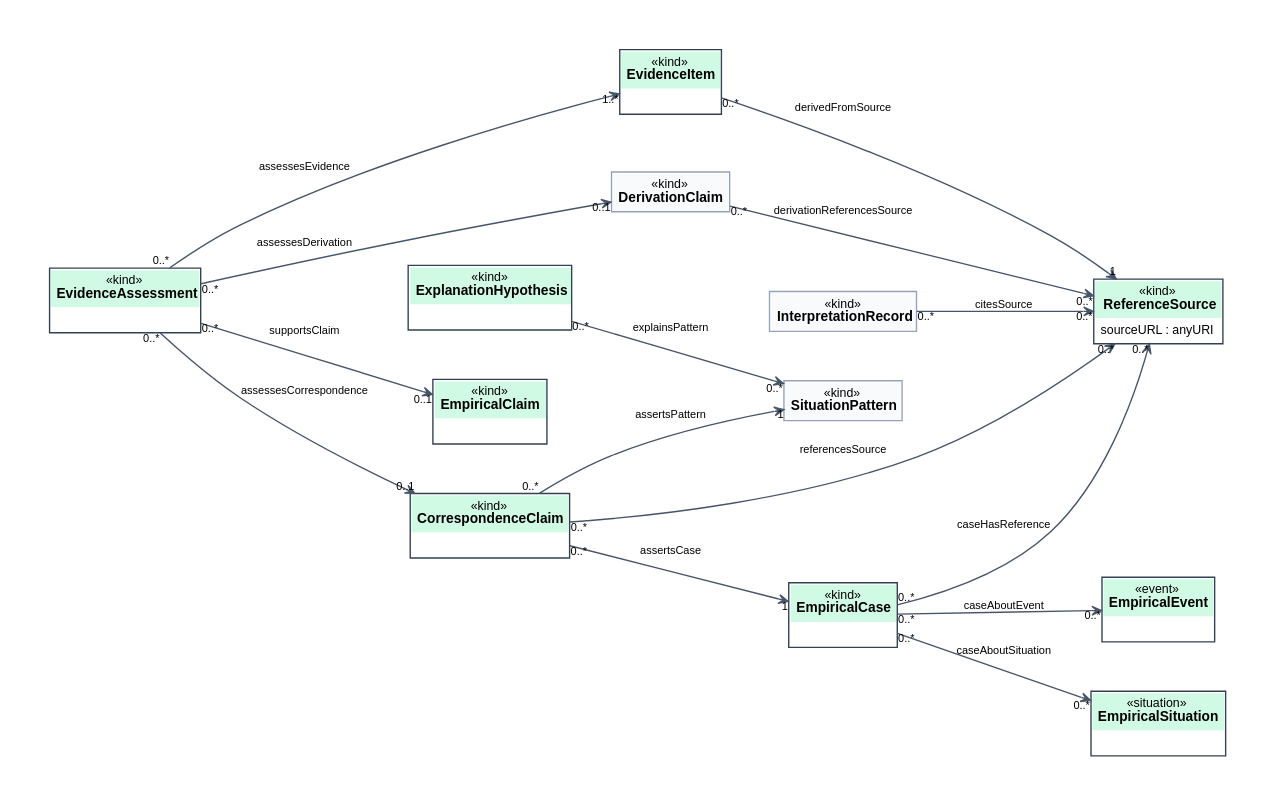
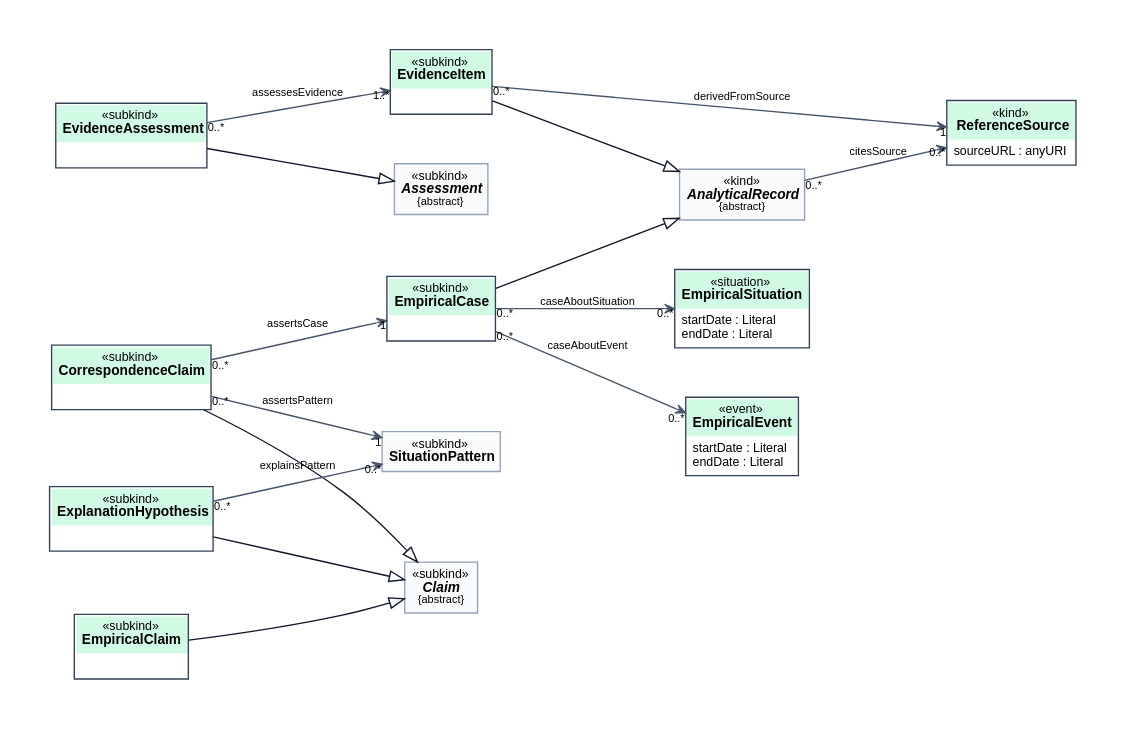
Before and after one commit to jeffersonspeck/artistic-reality-ontology: the diagram in model/diagrams/ontouml/evidence.dot, drawn with Graphviz. The commit also changed 158 other files, not shown here.

```diff
--- a/model/diagrams/ontouml/evidence.dot
+++ b/model/diagrams/ontouml/evidence.dot
@@ -1,32 +1,33 @@
 // Generated by scripts/build.py from model/conceptual-model.json. Do not edit by hand.
 digraph ontouml {
 graph [rankdir=LR, bgcolor="white", pad="0.4", nodesep="0.5", ranksep="0.8", fontname="Arial", fontsize=14, labeljust="l", newrank=true, splines=true];
 node [fontname="Arial", fontsize=10];
 edge [fontname="Arial", fontsize=8, color="#475569", arrowsize=0.7];
-"EmpiricalCase" [shape=plain, label=<<TABLE BORDER="1" COLOR="#334155" CELLBORDER="0" CELLSPACING="0" CELLPADDING="4"><TR><TD BGCOLOR="#d1fae5"><FONT POINT-SIZE="9">«kind»</FONT><BR/><B>EmpiricalCase</B></TD></TR><TR><TD ALIGN="LEFT" BALIGN="LEFT" BGCOLOR="white"><FONT POINT-SIZE="9"> </FONT></TD></TR></TABLE>>];
-"EmpiricalClaim" [shape=plain, label=<<TABLE BORDER="1" COLOR="#334155" CELLBORDER="0" CELLSPACING="0" CELLPADDING="4"><TR><TD BGCOLOR="#d1fae5"><FONT POINT-SIZE="9">«kind»</FONT><BR/><B>EmpiricalClaim</B></TD></TR><TR><TD ALIGN="LEFT" BALIGN="LEFT" BGCOLOR="white"><FONT POINT-SIZE="9"> </FONT></TD></TR></TABLE>>];
+"EvidenceAssessment" [shape=plain, label=<<TABLE BORDER="1" COLOR="#334155" CELLBORDER="0" CELLSPACING="0" CELLPADDING="4"><TR><TD BGCOLOR="#d1fae5"><FONT POINT-SIZE="9">«subkind»</FONT><BR/><B>EvidenceAssessment</B></TD></TR><TR><TD ALIGN="LEFT" BALIGN="LEFT" BGCOLOR="white"><FONT POINT-SIZE="9"> </FONT></TD></TR></TABLE>>];
+"EmpiricalCase" [shape=plain, label=<<TABLE BORDER="1" COLOR="#334155" CELLBORDER="0" CELLSPACING="0" CELLPADDING="4"><TR><TD BGCOLOR="#d1fae5"><FONT POINT-SIZE="9">«subkind»</FONT><BR/><B>EmpiricalCase</B></TD></TR><TR><TD ALIGN="LEFT" BALIGN="LEFT" BGCOLOR="white"><FONT POINT-SIZE="9"> </FONT></TD></TR></TABLE>>];
+"EmpiricalClaim" [shape=plain, label=<<TABLE BORDER="1" COLOR="#334155" CELLBORDER="0" CELLSPACING="0" CELLPADDING="4"><TR><TD BGCOLOR="#d1fae5"><FONT POINT-SIZE="9">«subkind»</FONT><BR/><B>EmpiricalClaim</B></TD></TR><TR><TD ALIGN="LEFT" BALIGN="LEFT" BGCOLOR="white"><FONT POINT-SIZE="9"> </FONT></TD></TR></TABLE>>];
 "ReferenceSource" [shape=plain, label=<<TABLE BORDER="1" COLOR="#334155" CELLBORDER="0" CELLSPACING="0" CELLPADDING="4"><TR><TD BGCOLOR="#d1fae5"><FONT POINT-SIZE="9">«kind»</FONT><BR/><B>ReferenceSource</B></TD></TR><TR><TD ALIGN="LEFT" BALIGN="LEFT" BGCOLOR="white"><FONT POINT-SIZE="9">sourceURL : anyURI<BR ALIGN="LEFT"/></FONT></TD></TR></TABLE>>];
-"EvidenceItem" [shape=plain, label=<<TABLE BORDER="1" COLOR="#334155" CELLBORDER="0" CELLSPACING="0" CELLPADDING="4"><TR><TD BGCOLOR="#d1fae5"><FONT POINT-SIZE="9">«kind»</FONT><BR/><B>EvidenceItem</B></TD></TR><TR><TD ALIGN="LEFT" BALIGN="LEFT" BGCOLOR="white"><FONT POINT-SIZE="9"> </FONT></TD></TR></TABLE>>];
-"CorrespondenceClaim" [shape=plain, label=<<TABLE BORDER="1" COLOR="#334155" CELLBORDER="0" CELLSPACING="0" CELLPADDING="4"><TR><TD BGCOLOR="#d1fae5"><FONT POINT-SIZE="9">«kind»</FONT><BR/><B>CorrespondenceClaim</B></TD></TR><TR><TD ALIGN="LEFT" BALIGN="LEFT" BGCOLOR="white"><FONT POINT-SIZE="9"> </FONT></TD></TR></TABLE>>];
-"EvidenceAssessment" [shape=plain, label=<<TABLE BORDER="1" COLOR="#334155" CELLBORDER="0" CELLSPACING="0" CELLPADDING="4"><TR><TD BGCOLOR="#d1fae5"><FONT POINT-SIZE="9">«kind»</FONT><BR/><B>EvidenceAssessment</B></TD></TR><TR><TD ALIGN="LEFT" BALIGN="LEFT" BGCOLOR="white"><FONT POINT-SIZE="9"> </FONT></TD></TR></TABLE>>];
-"ExplanationHypothesis" [shape=plain, label=<<TABLE BORDER="1" COLOR="#334155" CELLBORDER="0" CELLSPACING="0" CELLPADDING="4"><TR><TD BGCOLOR="#d1fae5"><FONT POINT-SIZE="9">«kind»</FONT><BR/><B>ExplanationHypothesis</B></TD></TR><TR><TD ALIGN="LEFT" BALIGN="LEFT" BGCOLOR="white"><FONT POINT-SIZE="9"> </FONT></TD></TR></TABLE>>];
-"EmpiricalSituation" [shape=plain, label=<<TABLE BORDER="1" COLOR="#334155" CELLBORDER="0" CELLSPACING="0" CELLPADDING="4"><TR><TD BGCOLOR="#d1fae5"><FONT POINT-SIZE="9">«situation»</FONT><BR/><B>EmpiricalSituation</B></TD></TR><TR><TD ALIGN="LEFT" BALIGN="LEFT" BGCOLOR="white"><FONT POINT-SIZE="9"> </FONT></TD></TR></TABLE>>];
-"EmpiricalEvent" [shape=plain, label=<<TABLE BORDER="1" COLOR="#334155" CELLBORDER="0" CELLSPACING="0" CELLPADDING="4"><TR><TD BGCOLOR="#d1fae5"><FONT POINT-SIZE="9">«event»</FONT><BR/><B>EmpiricalEvent</B></TD></TR><TR><TD ALIGN="LEFT" BALIGN="LEFT" BGCOLOR="white"><FONT POINT-SIZE="9"> </FONT></TD></TR></TABLE>>];
-"DerivationClaim" [shape=plain, label=<<TABLE BORDER="1" COLOR="#94a3b8" CELLBORDER="0" CELLSPACING="0" CELLPADDING="4"><TR><TD BGCOLOR="#f8fafc"><FONT POINT-SIZE="9">«kind»</FONT><BR/><B>DerivationClaim</B></TD></TR></TABLE>>];
-"InterpretationRecord" [shape=plain, label=<<TABLE BORDER="1" COLOR="#94a3b8" CELLBORDER="0" CELLSPACING="0" CELLPADDING="4"><TR><TD BGCOLOR="#f8fafc"><FONT POINT-SIZE="9">«kind»</FONT><BR/><B>InterpretationRecord</B></TD></TR></TABLE>>];
-"SituationPattern" [shape=plain, label=<<TABLE BORDER="1" COLOR="#94a3b8" CELLBORDER="0" CELLSPACING="0" CELLPADDING="4"><TR><TD BGCOLOR="#f8fafc"><FONT POINT-SIZE="9">«kind»</FONT><BR/><B>SituationPattern</B></TD></TR></TABLE>>];
+"EvidenceItem" [shape=plain, label=<<TABLE BORDER="1" COLOR="#334155" CELLBORDER="0" CELLSPACING="0" CELLPADDING="4"><TR><TD BGCOLOR="#d1fae5"><FONT POINT-SIZE="9">«subkind»</FONT><BR/><B>EvidenceItem</B></TD></TR><TR><TD ALIGN="LEFT" BALIGN="LEFT" BGCOLOR="white"><FONT POINT-SIZE="9"> </FONT></TD></TR></TABLE>>];
+"CorrespondenceClaim" [shape=plain, label=<<TABLE BORDER="1" COLOR="#334155" CELLBORDER="0" CELLSPACING="0" CELLPADDING="4"><TR><TD BGCOLOR="#d1fae5"><FONT POINT-SIZE="9">«subkind»</FONT><BR/><B>CorrespondenceClaim</B></TD></TR><TR><TD ALIGN="LEFT" BALIGN="LEFT" BGCOLOR="white"><FONT POINT-SIZE="9"> </FONT></TD></TR></TABLE>>];
+"ExplanationHypothesis" [shape=plain, label=<<TABLE BORDER="1" COLOR="#334155" CELLBORDER="0" CELLSPACING="0" CELLPADDING="4"><TR><TD BGCOLOR="#d1fae5"><FONT POINT-SIZE="9">«subkind»</FONT><BR/><B>ExplanationHypothesis</B></TD></TR><TR><TD ALIGN="LEFT" BALIGN="LEFT" BGCOLOR="white"><FONT POINT-SIZE="9"> </FONT></TD></TR></TABLE>>];
+"EmpiricalSituation" [shape=plain, label=<<TABLE BORDER="1" COLOR="#334155" CELLBORDER="0" CELLSPACING="0" CELLPADDING="4"><TR><TD BGCOLOR="#d1fae5"><FONT POINT-SIZE="9">«situation»</FONT><BR/><B>EmpiricalSituation</B></TD></TR><TR><TD ALIGN="LEFT" BALIGN="LEFT" BGCOLOR="white"><FONT POINT-SIZE="9">startDate : Literal<BR ALIGN="LEFT"/>endDate : Literal<BR ALIGN="LEFT"/></FONT></TD></TR></TABLE>>];
+"EmpiricalEvent" [shape=plain, label=<<TABLE BORDER="1" COLOR="#334155" CELLBORDER="0" CELLSPACING="0" CELLPADDING="4"><TR><TD BGCOLOR="#d1fae5"><FONT POINT-SIZE="9">«event»</FONT><BR/><B>EmpiricalEvent</B></TD></TR><TR><TD ALIGN="LEFT" BALIGN="LEFT" BGCOLOR="white"><FONT POINT-SIZE="9">startDate : Literal<BR ALIGN="LEFT"/>endDate : Literal<BR ALIGN="LEFT"/></FONT></TD></TR></TABLE>>];
+"AnalyticalRecord" [shape=plain, label=<<TABLE BORDER="1" COLOR="#94a3b8" CELLBORDER="0" CELLSPACING="0" CELLPADDING="4"><TR><TD BGCOLOR="#f8fafc"><FONT POINT-SIZE="9">«kind»</FONT><BR/><B><I>AnalyticalRecord</I></B><BR/><FONT POINT-SIZE="8">{abstract}</FONT></TD></TR></TABLE>>];
+"Assessment" [shape=plain, label=<<TABLE BORDER="1" COLOR="#94a3b8" CELLBORDER="0" CELLSPACING="0" CELLPADDING="4"><TR><TD BGCOLOR="#f8fafc"><FONT POINT-SIZE="9">«subkind»</FONT><BR/><B><I>Assessment</I></B><BR/><FONT POINT-SIZE="8">{abstract}</FONT></TD></TR></TABLE>>];
+"Claim" [shape=plain, label=<<TABLE BORDER="1" COLOR="#94a3b8" CELLBORDER="0" CELLSPACING="0" CELLPADDING="4"><TR><TD BGCOLOR="#f8fafc"><FONT POINT-SIZE="9">«subkind»</FONT><BR/><B><I>Claim</I></B><BR/><FONT POINT-SIZE="8">{abstract}</FONT></TD></TR></TABLE>>];
+"SituationPattern" [shape=plain, label=<<TABLE BORDER="1" COLOR="#94a3b8" CELLBORDER="0" CELLSPACING="0" CELLPADDING="4"><TR><TD BGCOLOR="#f8fafc"><FONT POINT-SIZE="9">«subkind»</FONT><BR/><B>SituationPattern</B></TD></TR></TABLE>>];
+"AnalyticalRecord" -> "ReferenceSource" [label="citesSource", taillabel="0..*", headlabel="0..*", arrowhead=open, labelfontsize=8];
+"EvidenceAssessment" -> "EvidenceItem" [label="assessesEvidence", taillabel="0..*", headlabel="1..*", arrowhead=open, labelfontsize=8];
 "EmpiricalCase" -> "EmpiricalSituation" [label="caseAboutSituation", taillabel="0..*", headlabel="0..*", arrowhead=open, labelfontsize=8];
 "EmpiricalCase" -> "EmpiricalEvent" [label="caseAboutEvent", taillabel="0..*", headlabel="0..*", arrowhead=open, labelfontsize=8];
 "CorrespondenceClaim" -> "SituationPattern" [label="assertsPattern", taillabel="0..*", headlabel="1", arrowhead=open, labelfontsize=8];
 "CorrespondenceClaim" -> "EmpiricalCase" [label="assertsCase", taillabel="0..*", headlabel="1", arrowhead=open, labelfontsize=8];
 "EvidenceItem" -> "ReferenceSource" [label="derivedFromSource", taillabel="0..*", headlabel="1", arrowhead=open, labelfontsize=8];
-"EvidenceAssessment" -> "EmpiricalClaim" [label="supportsClaim", taillabel="0..*", headlabel="0..1", arrowhead=open, labelfontsize=8];
-"EvidenceAssessment" -> "CorrespondenceClaim" [label="assessesCorrespondence", taillabel="0..*", headlabel="0..1", arrowhead=open, labelfontsize=8];
-"EvidenceAssessment" -> "EvidenceItem" [label="assessesEvidence", taillabel="0..*", headlabel="1..*", arrowhead=open, labelfontsize=8];
-"InterpretationRecord" -> "ReferenceSource" [label="citesSource", taillabel="0..*", headlabel="0..*", arrowhead=open, labelfontsize=8];
-"CorrespondenceClaim" -> "ReferenceSource" [label="referencesSource", taillabel="0..*", headlabel="0..*", arrowhead=open, labelfontsize=8];
-"EmpiricalCase" -> "ReferenceSource" [label="caseHasReference", taillabel="0..*", headlabel="0..*", arrowhead=open, labelfontsize=8];
 "ExplanationHypothesis" -> "SituationPattern" [label="explainsPattern", taillabel="0..*", headlabel="0..*", arrowhead=open, labelfontsize=8];
-"DerivationClaim" -> "ReferenceSource" [label="derivationReferencesSource", taillabel="0..*", headlabel="0..*", arrowhead=open, labelfontsize=8];
-"EvidenceAssessment" -> "DerivationClaim" [label="assessesDerivation", taillabel="0..*", headlabel="0..1", arrowhead=open, labelfontsize=8];
+"EvidenceAssessment" -> "Assessment" [arrowhead=empty, arrowsize=1.1, color="#0f172a"];
+"EmpiricalCase" -> "AnalyticalRecord" [arrowhead=empty, arrowsize=1.1, color="#0f172a"];
+"EmpiricalClaim" -> "Claim" [arrowhead=empty, arrowsize=1.1, color="#0f172a"];
+"EvidenceItem" -> "AnalyticalRecord" [arrowhead=empty, arrowsize=1.1, color="#0f172a"];
+"CorrespondenceClaim" -> "Claim" [arrowhead=empty, arrowsize=1.1, color="#0f172a"];
+"ExplanationHypothesis" -> "Claim" [arrowhead=empty, arrowsize=1.1, color="#0f172a"];
 }
```
